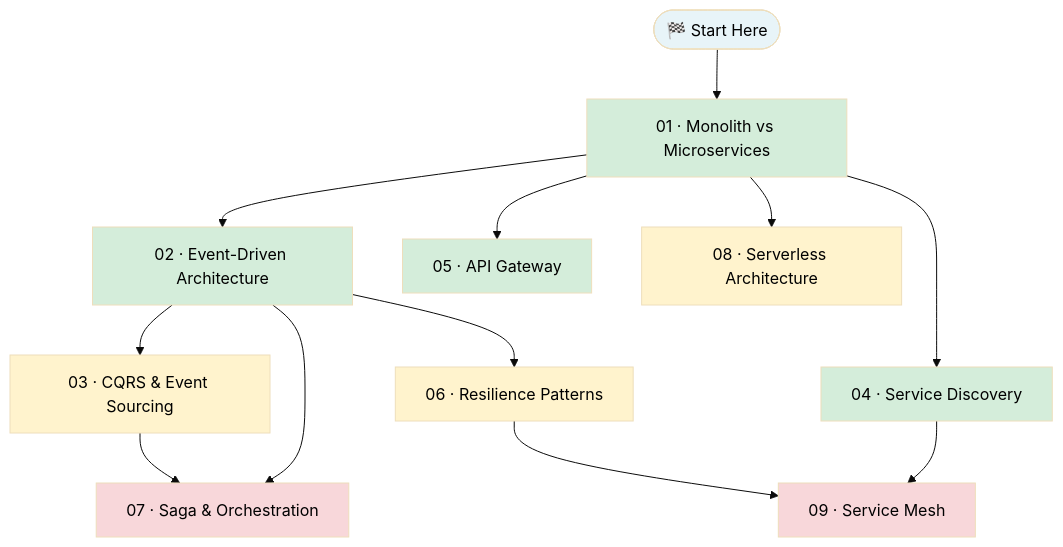
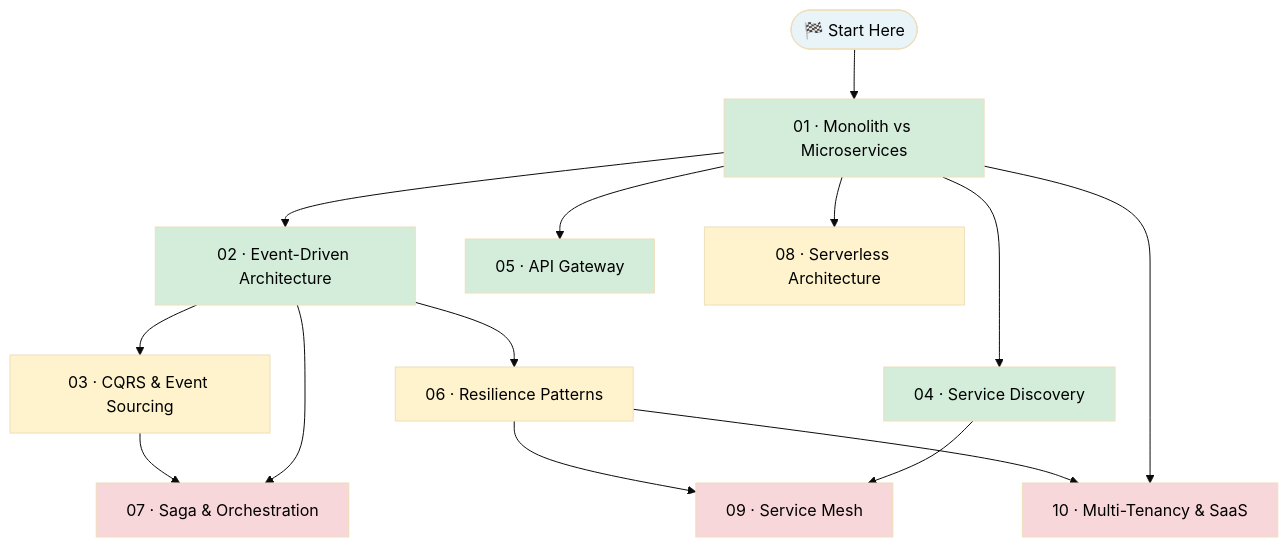
One commit to Ankan1998/learn-system-design changed the diagram in Level-05-Architecture-Patterns/README.md. Above: the diagram before and after it, drawn with Mermaid (base theme). The commit also changed other lines of this file and 24 other files, not shown here.

````diff
--- a/Level-05-Architecture-Patterns/README.md
+++ b/Level-05-Architecture-Patterns/README.md
@@ -17,25 +17,28 @@
 ```mermaid
 flowchart TD
     A([🏁 Start Here]) --> B[01 · Monolith vs Microservices]
     B --> C[02 · Event-Driven Architecture]
     C --> D[03 · CQRS & Event Sourcing]
     B --> E[04 · Service Discovery]
     B --> F[05 · API Gateway]
     C --> G[06 · Resilience Patterns]
     C --> H[07 · Saga & Orchestration]
     D --> H
     B --> I[08 · Serverless Architecture]
     E --> J[09 · Service Mesh]
     G --> J
+    B --> K[10 · Multi-Tenancy & SaaS]
+    G --> K
 
     style A fill:#e8f4f8,color:#000
     style B fill:#d4edda,color:#000
     style C fill:#d4edda,color:#000
     style D fill:#fff3cd,color:#000
     style E fill:#d4edda,color:#000
     style F fill:#d4edda,color:#000
     style G fill:#fff3cd,color:#000
     style H fill:#f8d7da,color:#000
     style I fill:#fff3cd,color:#000
     style J fill:#f8d7da,color:#000
+    style K fill:#f8d7da,color:#000
 ```
````
